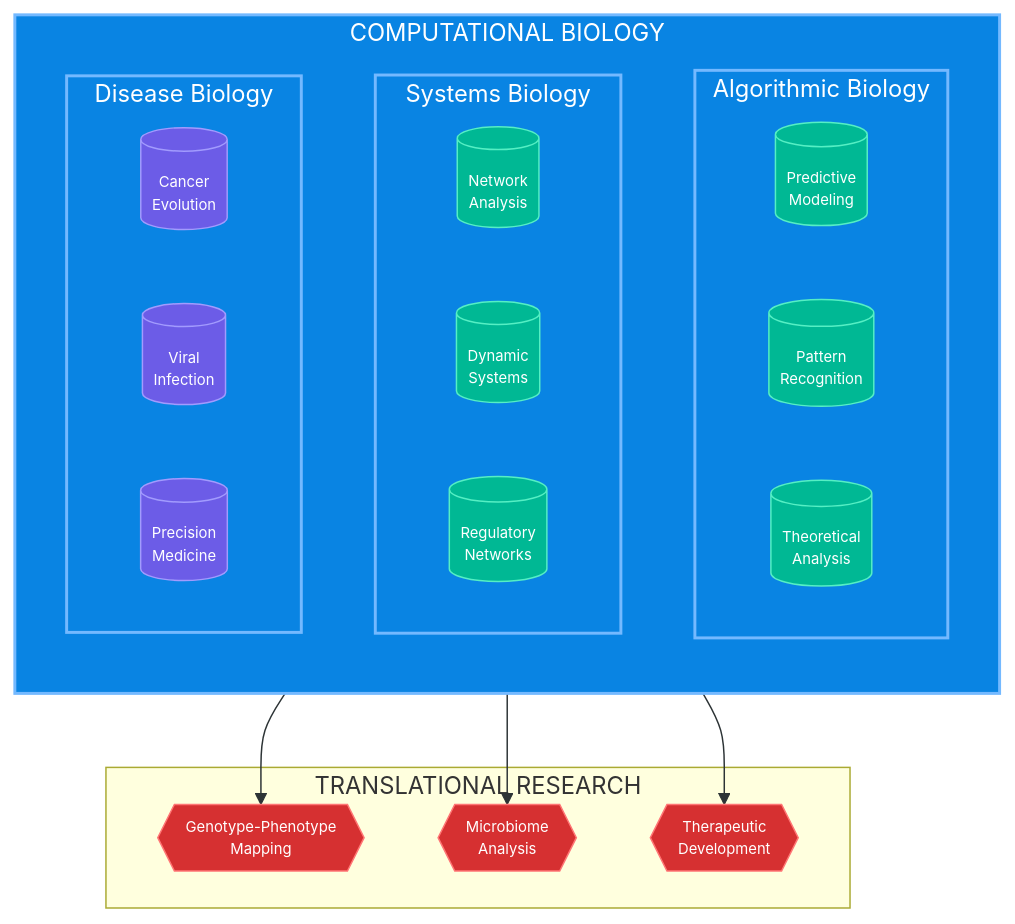
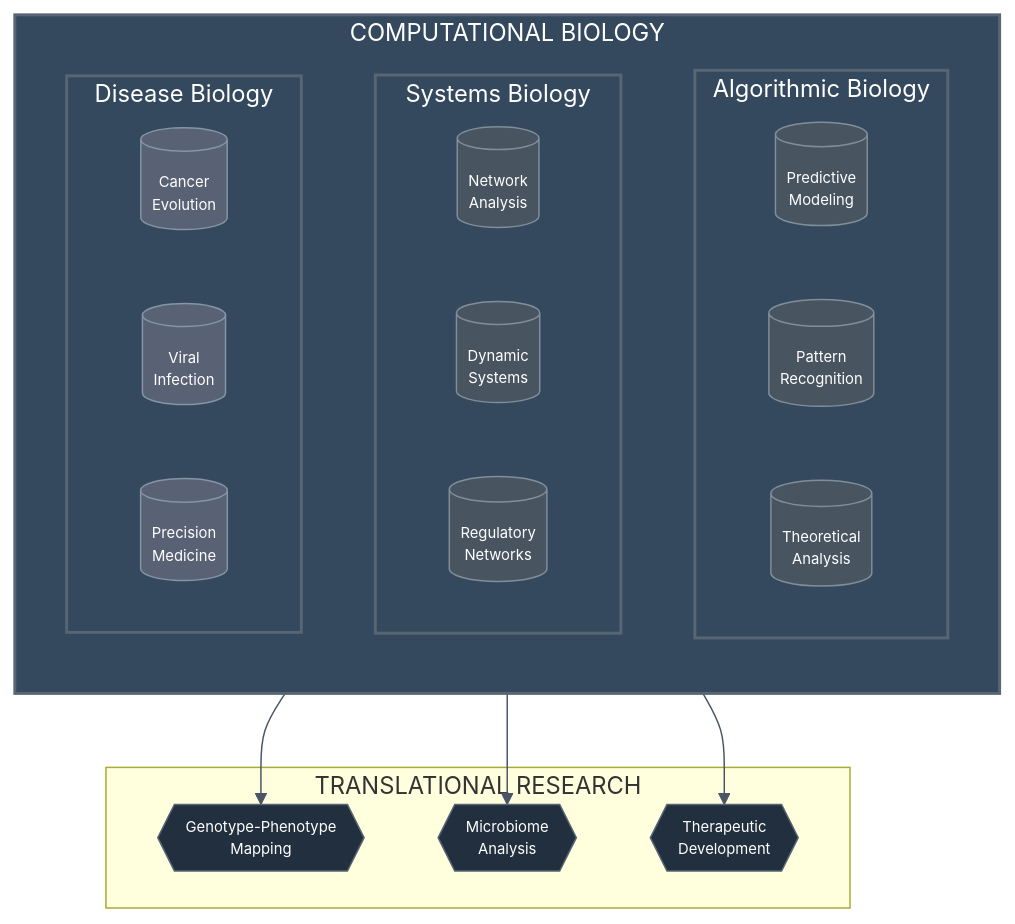
Before and after one commit to dhana56/dhana56: the first of 3 diagrams in README.md, drawn with Mermaid.

Commit message:
Update mermaid diagram color scheme for scientific journal alignment

````diff
--- a/README.md
+++ b/README.md
@@ -41,50 +41,50 @@
 ```mermaid
 graph TB
     %% Core Research Domains
     subgraph CORE["COMPUTATIONAL BIOLOGY"]
         direction TB
         subgraph ALG["Algorithmic Biology"]
             A1[("Predictive<br/>Modeling")]:::small
             A2[("Pattern<br/>Recognition")]:::small
             A3[("Theoretical<br/>Analysis")]:::small
         end
         
         subgraph SYS["Systems Biology"]
             S1[("Network<br/>Analysis")]:::small
             S2[("Dynamic<br/>Systems")]:::small
             S3[("Regulatory<br/>Networks")]:::small
         end
         
         subgraph DIS["Disease Biology"]
             D1[("Cancer<br/>Evolution")]:::small
             D2[("Viral<br/>Infection")]:::small
             D3[("Precision<br/>Medicine")]:::small
         end
     end
 
     subgraph APPS["TRANSLATIONAL RESEARCH"]
         T1{{"Genotype-Phenotype<br/>Mapping"}}:::small
         T2{{"Microbiome<br/>Analysis"}}:::small
         T3{{"Therapeutic<br/>Development"}}:::small
     end
 
     ALG --> T1
     SYS --> T2
     DIS --> T3
 
-    %% Styling with reduced sizes
-    classDef default fill:#2d3436,stroke:#636e72,stroke-width:1px,color:#fff
-    classDef core fill:#0984e3,stroke:#74b9ff,stroke-width:2px,color:#fff
-    classDef system fill:#00b894,stroke:#55efc4,stroke-width:1px,color:#fff
-    classDef disease fill:#6c5ce7,stroke:#a29bfe,stroke-width:1px,color:#fff
-    classDef apps fill:#d63031,stroke:#ff7675,stroke-width:1px,color:#fff
+    %% Scientific journal color scheme
+    classDef default fill:#2a3541,stroke:#4a5568,stroke-width:1px,color:#fff
+    classDef core fill:#34495e,stroke:#576574,stroke-width:2px,color:#fff
+    classDef system fill:#485460,stroke:#808e9b,stroke-width:1px,color:#fff
+    classDef disease fill:#596275,stroke:#8395a7,stroke-width:1px,color:#fff
+    classDef apps fill:#222f3e,stroke:#576574,stroke-width:1px,color:#fff
     classDef small font-size:10px,width:100px,height:40px
 
     class CORE,ALG,SYS,DIS core
     class A1,A2,A3 system
     class S1,S2,S3 system
     class D1,D2,D3 disease
     class T1,T2,T3 apps
 
-    linkStyle default stroke:#2d3436,stroke-width:1px
+    linkStyle default stroke:#4a5568,stroke-width:1px
 ```
````
